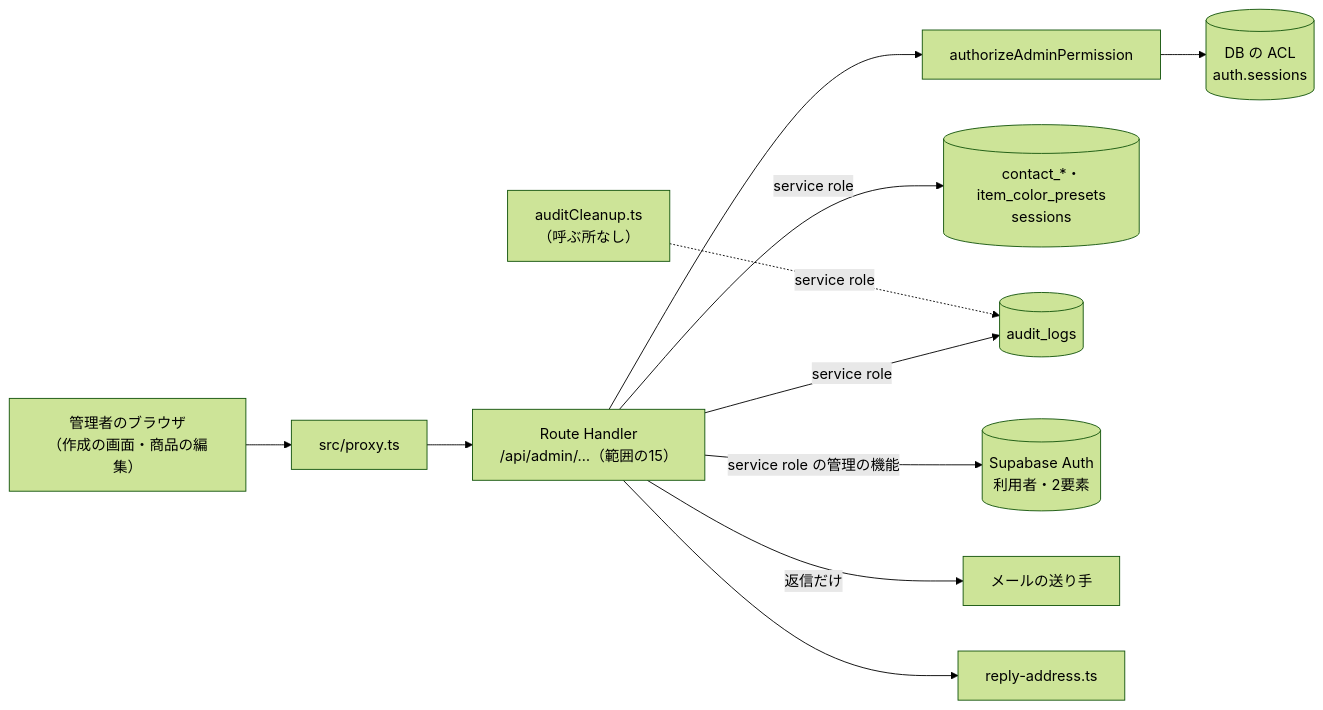
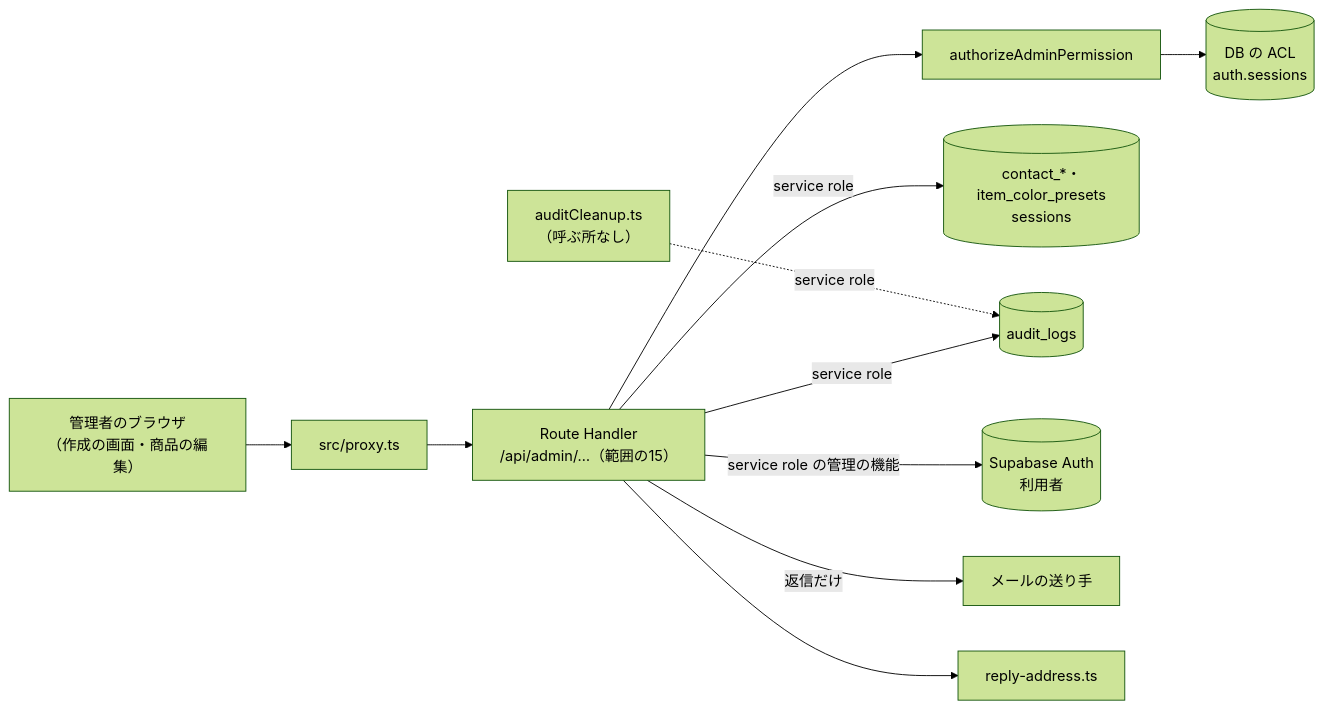
One commit to ChocoWork/o_official changed the first of 4 diagrams in docs/03_BasicDesign/areas/admin.md. Above: the diagram before and after it, drawn with Mermaid (forest theme). The commit also changed other lines of this file and 25 other files, not shown here.

````diff
--- a/docs/03_BasicDesign/areas/admin.md
+++ b/docs/03_BasicDesign/areas/admin.md
@@ -63,13 +63,13 @@
 ```mermaid
 graph LR
   A["管理者のブラウザ<br/>（作成の画面・商品の編集）"] --> P["src/proxy.ts"]
   P --> RH["Route Handler<br/>/api/admin/…（範囲の15）"]
   RH --> Z["authorizeAdminPermission"]
   Z --> ACL[("DB の ACL<br/>auth.sessions")]
   RH -->|service role| T[("contact_*・item_color_presets<br/>sessions")]
   RH -->|service role| AU[("audit_logs")]
-  RH -->|service role の管理の機能| AUTH[("Supabase Auth<br/>利用者・2要素")]
+  RH -->|service role の管理の機能| AUTH[("Supabase Auth<br/>利用者")]
   RH -->|返信だけ| M["メールの送り手"]
   RH --> R["reply-address.ts"]
   C["auditCleanup.ts<br/>（呼ぶ所なし）"] -.->|service role| AU
 ```
````
